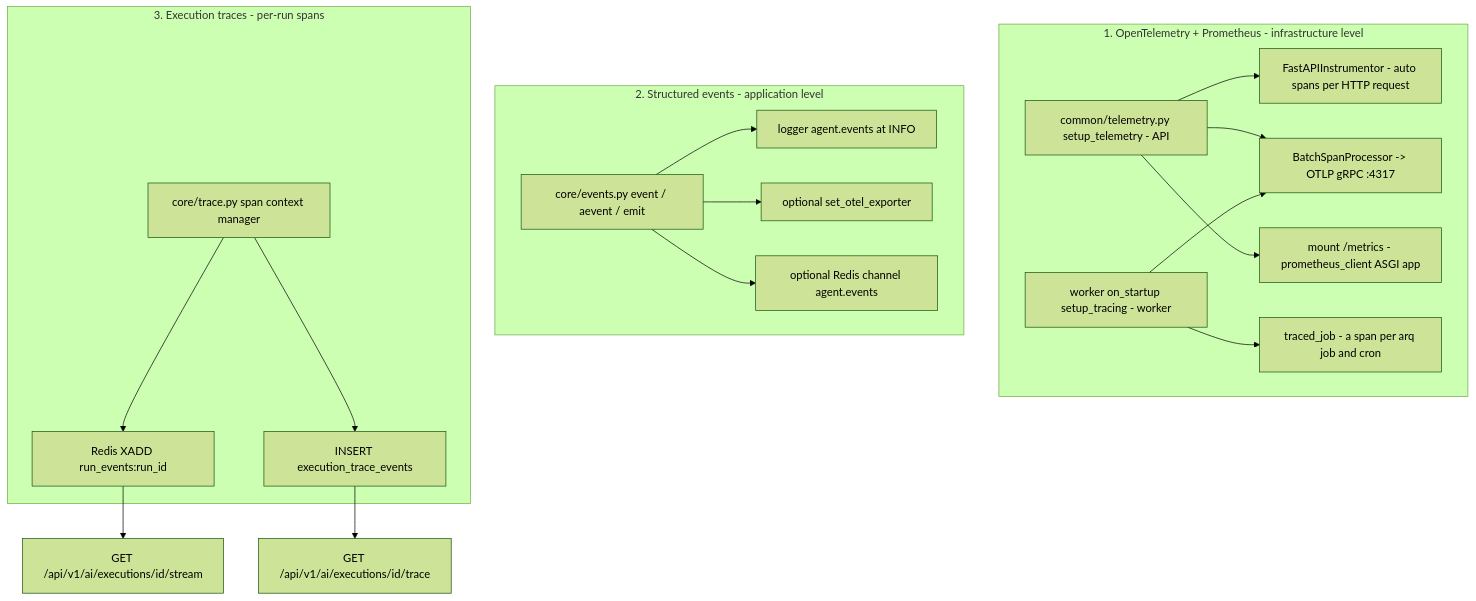
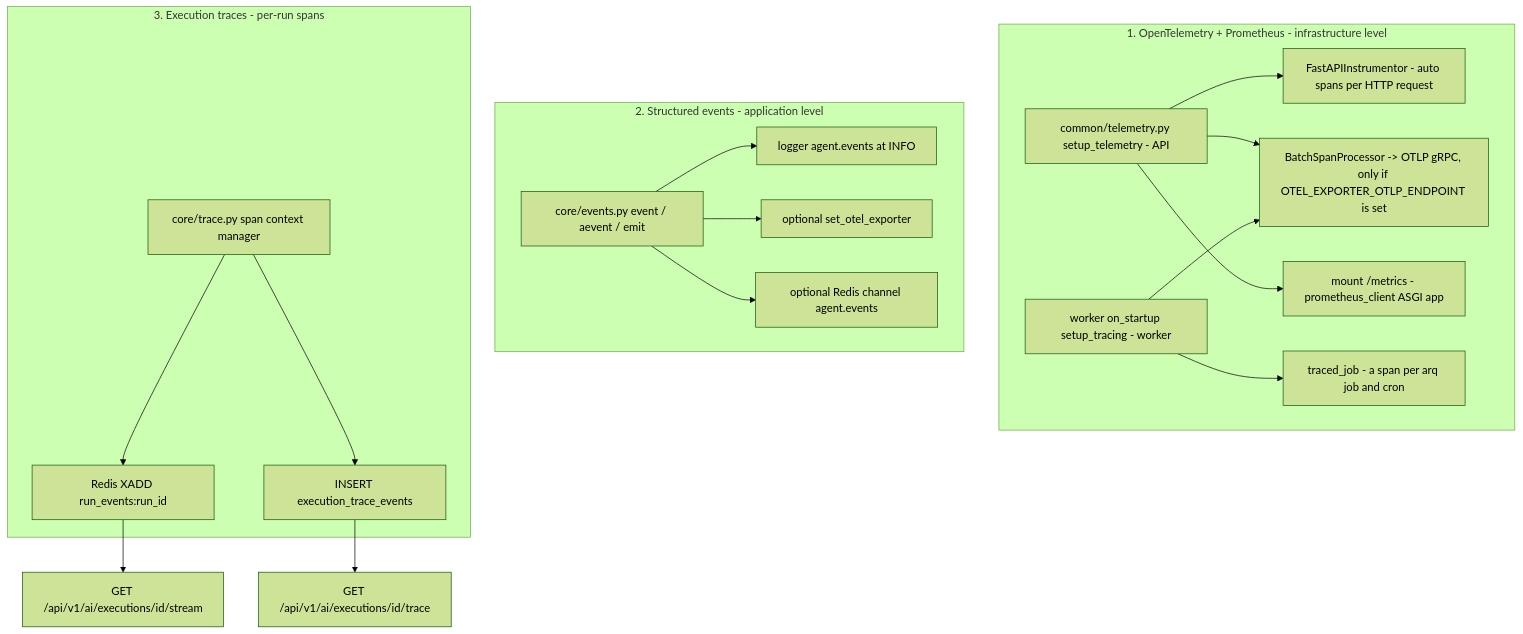
Diagram 15 of 19 in docs/current/02-system-architecture.md (gondolerahul/hire-buddha-app), drawn with Mermaid (forest theme) before and after one commit. The commit also changed other lines of this file and 5 other files, not shown here.

````diff
--- a/docs/current/02-system-architecture.md
+++ b/docs/current/02-system-architecture.md
@@ -1056,24 +1057,24 @@
 ```mermaid
 graph TB
     subgraph OTEL["1. OpenTelemetry + Prometheus - infrastructure level"]
         SETUP["common/telemetry.py setup_telemetry - API"]
         SETUP --> FASTAPI["FastAPIInstrumentor - auto spans per HTTP request"]
-        SETUP --> OTLP["BatchSpanProcessor -> OTLP gRPC :4317"]
+        SETUP --> OTLP["BatchSpanProcessor -> OTLP gRPC, only if OTEL_EXPORTER_OTLP_ENDPOINT is set"]
         SETUP --> PROMEP["mount /metrics - prometheus_client ASGI app"]
         WSETUP["worker on_startup setup_tracing - worker"] --> OTLP
         WSETUP --> JOBSPAN["traced_job - a span per arq job and cron"]
     end
     subgraph EV["2. Structured events - application level"]
         EVENT["core/events.py event / aevent / emit"]
         EVENT --> LOG["logger agent.events at INFO"]
         EVENT --> OTELX["optional set_otel_exporter"]
         EVENT --> REDISCH["optional Redis channel agent.events"]
     end
     subgraph TR["3. Execution traces - per-run spans"]
         SPAN["core/trace.py span context manager"]
         SPAN --> LIVE["Redis XADD run_events:run_id"]
         SPAN --> HIST["INSERT execution_trace_events"]
     end
     LIVE --> SSE["GET /api/v1/ai/executions/id/stream"]
     HIST --> TRACEEP["GET /api/v1/ai/executions/id/trace"]
 ```
````
